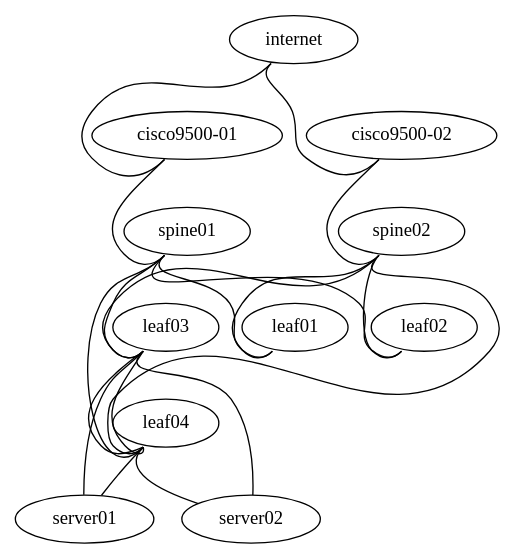
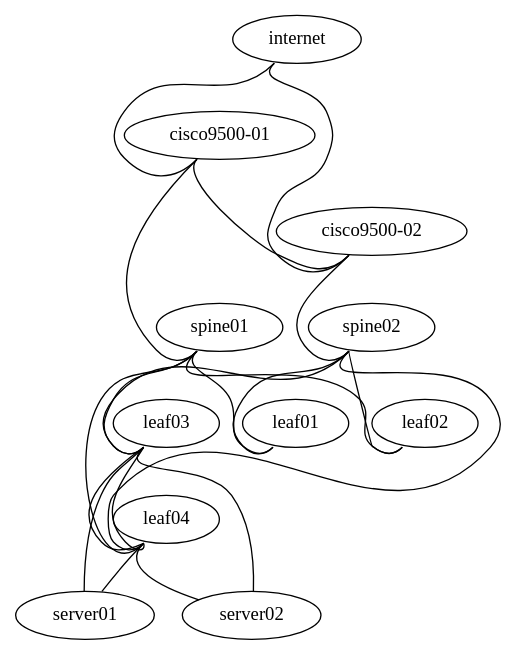
The diagram in vx_simulation/site.dot (Cloudofyou/poc-old-oneok), drawn with Graphviz before and after one commit. The commit also changed 71 other files, not shown here.

```diff
--- a/vx_simulation/site.dot
+++ b/vx_simulation/site.dot
@@ -1,32 +1,33 @@
 graph site {
  "internet" [function="internet" os="CumulusCommunity/cumulus-vx" version="3.7.2" memory="1024" config="./helper_scripts/extra_switch_config.sh" mgmt_ip="192.168.200.1"]
  "cisco9500-01" [function="cisco" os="CumulusCommunity/cumulus-vx" version="3.7.2" memory="1024" config="./helper_scripts/extra_switch_config.sh" mgmt_ip="192.168.200.2"]
  "cisco9500-02" [function="cisco" os="CumulusCommunity/cumulus-vx" version="3.7.2" memory="1024" config="./helper_scripts/extra_switch_config.sh" mgmt_ip="192.168.200.3"]
  "spine01" [function="spine" os="CumulusCommunity/cumulus-vx" version="3.7.2" memory="1024" config="./helper_scripts/extra_switch_config.sh" mgmt_ip="192.168.200.4"]
  "spine02" [function="spine" os="CumulusCommunity/cumulus-vx" version="3.7.2" memory="1024" config="./helper_scripts/extra_switch_config.sh" mgmt_ip="192.168.200.5"]
  "leaf01" [function="leaf" os="CumulusCommunity/cumulus-vx" version="3.7.2" memory="1024" config="./helper_scripts/extra_switch_config.sh" mgmt_ip="192.168.200.6"]
  "leaf02" [function="leaf" os="CumulusCommunity/cumulus-vx" version="3.7.2" memory="1024" config="./helper_scripts/extra_switch_config.sh" mgmt_ip="192.168.200.7"]
  "leaf03" [function="leaf" os="CumulusCommunity/cumulus-vx" version="3.7.2" memory="1024" config="./helper_scripts/extra_switch_config.sh" mgmt_ip="192.168.200.8"]
  "leaf04" [function="leaf" os="CumulusCommunity/cumulus-vx" version="3.7.2" memory="1024" config="./helper_scripts/extra_switch_config.sh" mgmt_ip="192.168.200.9"]
  "server01" [function="host" os="yk0/ubuntu-xenial" memory="768" config="./helper_scripts/extra_server_config.sh" mgmt_ip="192.168.200.10"]
  "server02" [function="host" os="yk0/ubuntu-xenial" memory="768" config="./helper_scripts/extra_server_config.sh" mgmt_ip="192.168.200.11"]
 
 "internet":"swp1" -- "cisco9500-01":"swp2"
 "internet":"swp2" -- "cisco9500-02":"swp2"
 "cisco9500-01":"swp1" -- "spine01":"swp10"
 "cisco9500-02":"swp1" -- "spine02":"swp10"
+"cisco9500-01":"swp3" -- "cisco9500-02":"swp3"
 "spine01":"swp1" -- "leaf01":"swp53"
 "spine01":"swp2" -- "leaf02":"swp51"
 "spine01":"swp3" -- "leaf03":"swp51"
 "spine01":"swp4" -- "leaf04":"swp51"
 "spine02":"swp1" -- "leaf01":"swp54"
 "spine02":"swp2" -- "leaf02":"swp52"
 "spine02":"swp3" -- "leaf03":"swp52"
 "spine02":"swp4" -- "leaf04":"swp52"
 "leaf03":"swp1" -- "server01":"eth1"
 "leaf03":"swp2" -- "server02":"eth1"
 "leaf04":"swp1" -- "server01":"eth2"
 "leaf04":"swp2" -- "server02":"eth2"
 "leaf03":"swp49" -- "leaf04":"swp49"
 "leaf03":"swp50" -- "leaf04":"swp50"
 }
```
